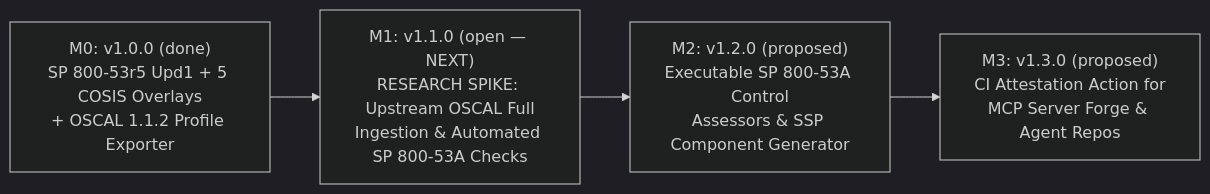
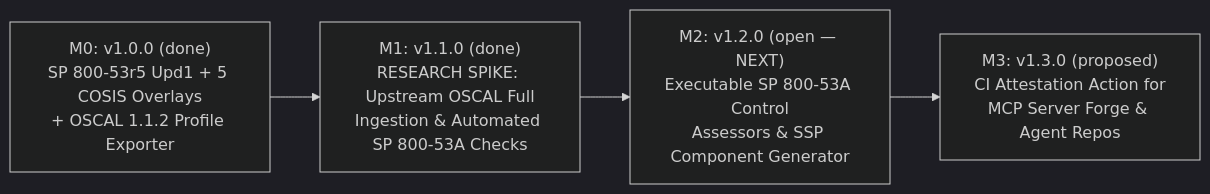
One commit to bsommers/security-controls changed the diagram in docs/ROADMAP.md. Above: the diagram before and after it, drawn with Mermaid (dark theme). The commit also changed other lines of this file and 23 other files, not shown here.

Commit message:
feat(m1): index 1,189 NIST SP 800-53 Rev 5.1.1 controls (<3ms load) & enforce OSCAL 1.1.2 schema gate (v1.1.0)

````diff
--- a/docs/ROADMAP.md
+++ b/docs/ROADMAP.md
@@ -11,6 +11,6 @@
 ```mermaid
 flowchart LR
-    M0["M0: v1.0.0 (done)\nSP 800-53r5 Upd1 + 5 COSIS Overlays\n+ OSCAL 1.1.2 Profile Exporter"] --> M1["M1: v1.1.0 (open — NEXT)\nRESEARCH SPIKE: Upstream OSCAL Full\nIngestion & Automated SP 800-53A Checks"]
-    M1 --> M2["M2: v1.2.0 (proposed)\nExecutable SP 800-53A Control\nAssessors & SSP Component Generator"]
+    M0["M0: v1.0.0 (done)\nSP 800-53r5 Upd1 + 5 COSIS Overlays\n+ OSCAL 1.1.2 Profile Exporter"] --> M1["M1: v1.1.0 (done)\nRESEARCH SPIKE: Upstream OSCAL Full\nIngestion & Automated SP 800-53A Checks"]
+    M1 --> M2["M2: v1.2.0 (open — NEXT)\nExecutable SP 800-53A Control\nAssessors & SSP Component Generator"]
     M2 --> M3["M3: v1.3.0 (proposed)\nCI Attestation Action for\nMCP Server Forge & Agent Repos"]
 ```
````
